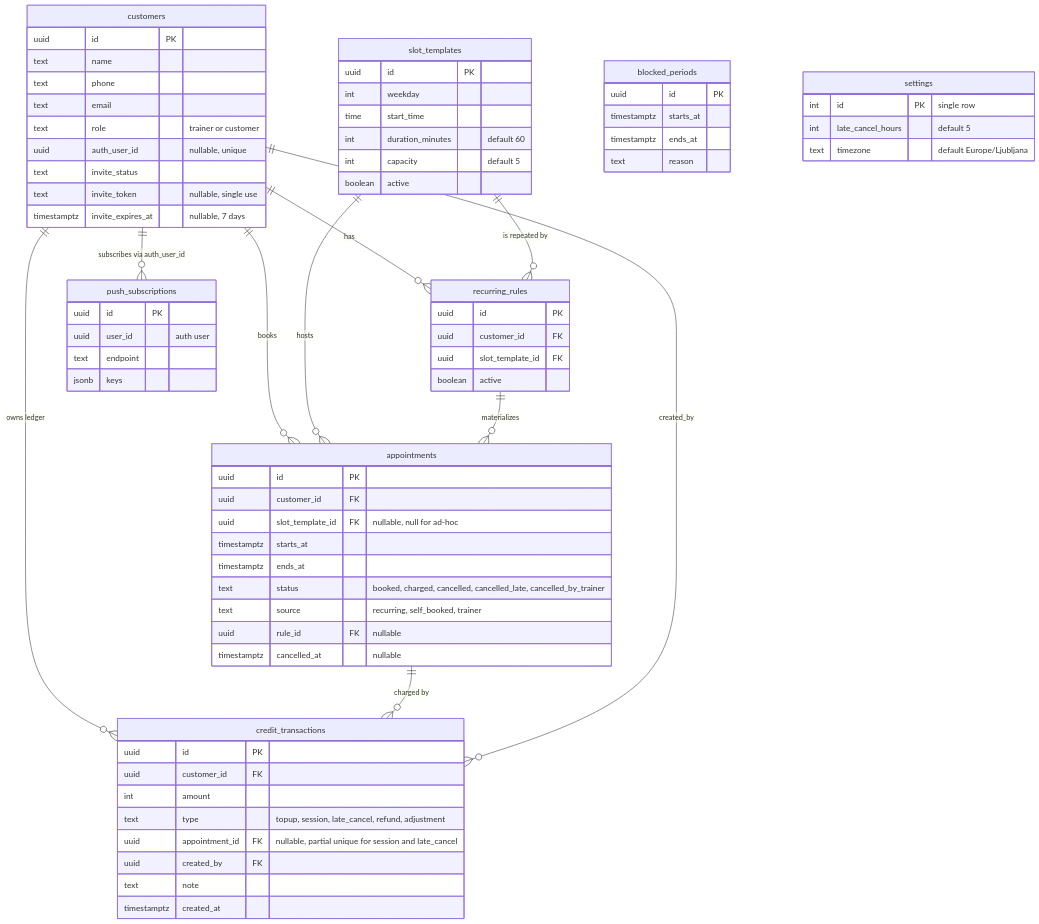
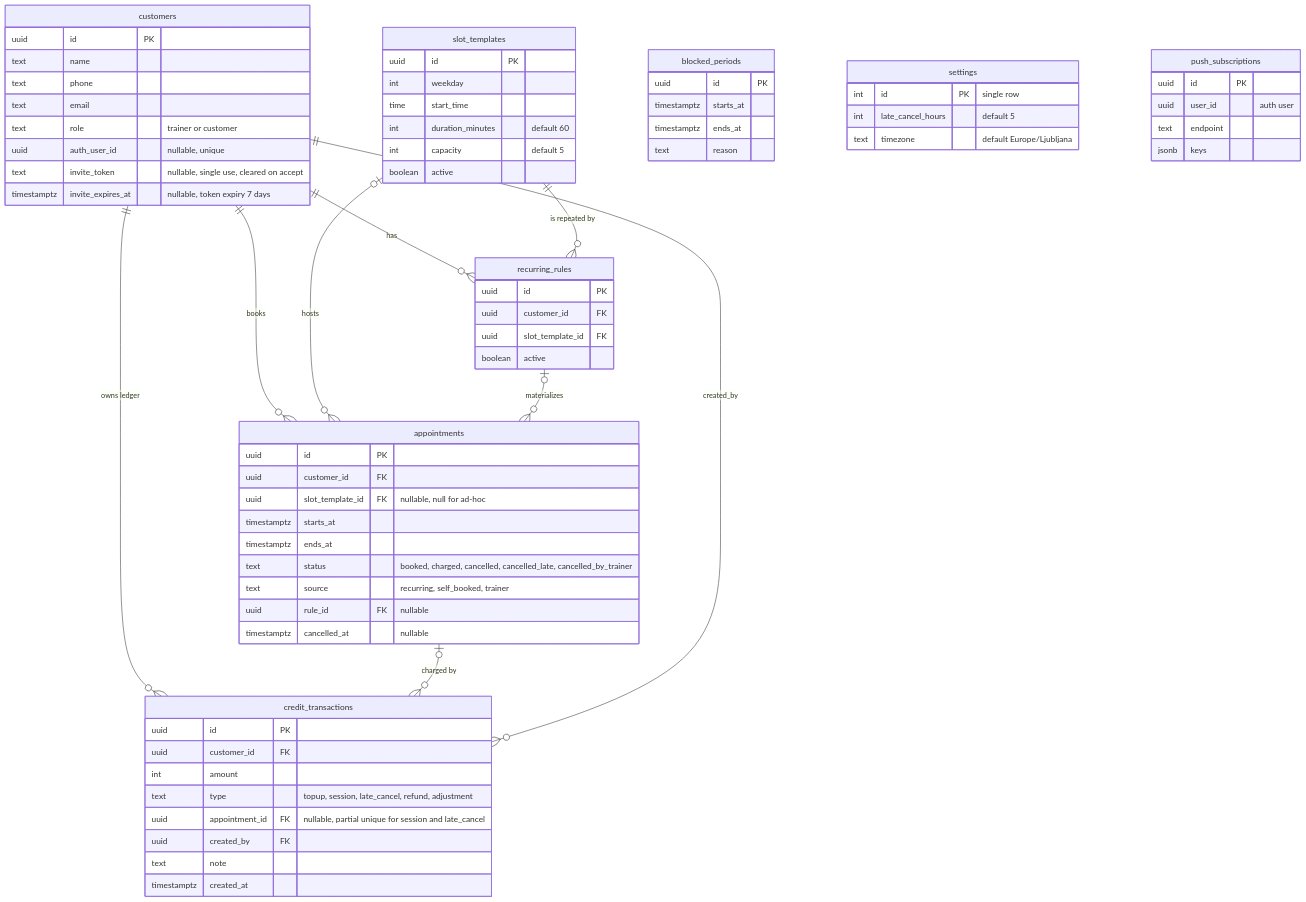
Before and after one commit to JasaGlazar/amrap: the diagram in docs/architecture/data-model.md, drawn with Mermaid. The commit also changed other lines of this file and 9 other files, not shown here.

````diff
--- a/docs/architecture/data-model.md
+++ b/docs/architecture/data-model.md
@@ -9,76 +12,74 @@
 ```mermaid
 erDiagram
     customers {
         uuid id PK
         text name
         text phone
         text email
         text role "trainer or customer"
         uuid auth_user_id "nullable, unique"
-        text invite_status
-        text invite_token "nullable, single use"
-        timestamptz invite_expires_at "nullable, 7 days"
+        text invite_token "nullable, single use, cleared on accept"
+        timestamptz invite_expires_at "nullable, token expiry 7 days"
     }
     slot_templates {
         uuid id PK
         int weekday
         time start_time
         int duration_minutes "default 60"
         int capacity "default 5"
         boolean active
     }
     recurring_rules {
         uuid id PK
         uuid customer_id FK
         uuid slot_template_id FK
         boolean active
     }
     appointments {
         uuid id PK
         uuid customer_id FK
         uuid slot_template_id FK "nullable, null for ad-hoc"
         timestamptz starts_at
         timestamptz ends_at
         text status "booked, charged, cancelled, cancelled_late, cancelled_by_trainer"
         text source "recurring, self_booked, trainer"
         uuid rule_id FK "nullable"
         timestamptz cancelled_at "nullable"
     }
     credit_transactions {
         uuid id PK
         uuid customer_id FK
         int amount
         text type "topup, session, late_cancel, refund, adjustment"
         uuid appointment_id FK "nullable, partial unique for session and late_cancel"
         uuid created_by FK
         text note
         timestamptz created_at
     }
     blocked_periods {
         uuid id PK
         timestamptz starts_at
         timestamptz ends_at
         text reason
     }
     settings {
         int id PK "single row"
         int late_cancel_hours "default 5"
         text timezone "default Europe/Ljubljana"
     }
     push_subscriptions {
         uuid id PK
         uuid user_id "auth user"
         text endpoint
         jsonb keys
     }
 
     customers ||--o{ recurring_rules : "has"
     slot_templates ||--o{ recurring_rules : "is repeated by"
     customers ||--o{ appointments : "books"
-    slot_templates ||--o{ appointments : "hosts"
-    recurring_rules ||--o{ appointments : "materializes"
+    slot_templates |o--o{ appointments : "hosts"
+    recurring_rules |o--o{ appointments : "materializes"
     customers ||--o{ credit_transactions : "owns ledger"
-    appointments ||--o{ credit_transactions : "charged by"
+    appointments |o--o{ credit_transactions : "charged by"
     customers ||--o{ credit_transactions : "created_by"
-    customers ||--o{ push_subscriptions : "subscribes via auth_user_id"
 ```
````
